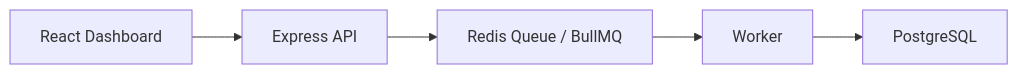
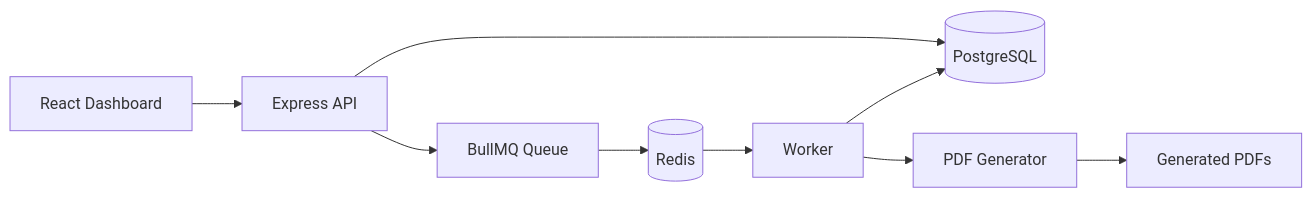
The diagram in README.md (adeshmishir/jobQueue), drawn with Mermaid before and after one commit. The commit also changed other lines of this file, not shown here.

````diff
--- a/README.md
+++ b/README.md
@@ -32,7 +62,18 @@
 ```mermaid
 flowchart LR
-  A[React Dashboard] --> B[Express API]
-  B --> C[Redis Queue / BullMQ]
-  C --> D[Worker]
-  D --> E[PostgreSQL]
+
+    A[React Dashboard] --> B[Express API]
+
+    B --> C[(PostgreSQL)]
+    B --> D[BullMQ Queue]
+
+    D --> E[(Redis)]
+
+    E --> F[Worker]
+
+    F --> G[PDF Generator]
+
+    G --> H[Generated PDFs]
+
+    F --> C
 ```
````
